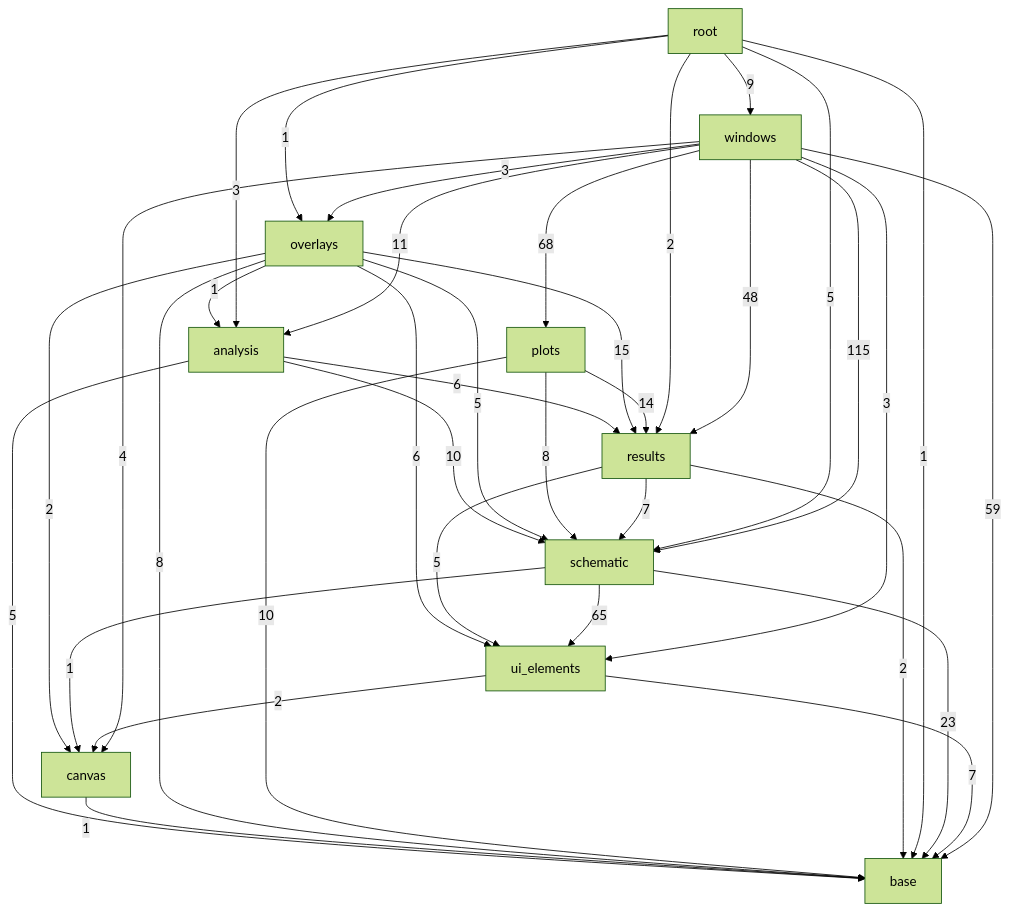
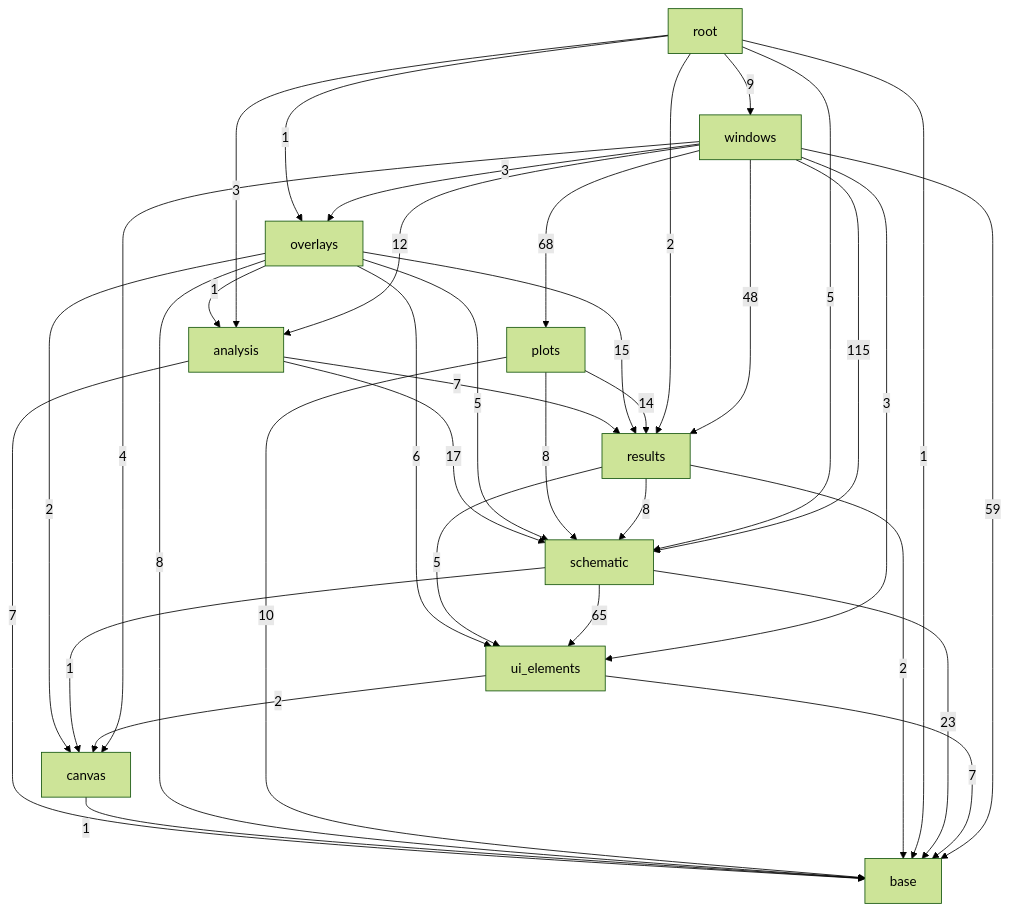
One commit to ronnymilleo/imcsim changed the third of 3 diagrams in docs/architecture.md. Above: the diagram before and after it, drawn with Mermaid (forest theme). The commit also changed other lines of this file, not shown here.

Commit message:
Update the include diagram for the run report, the live run plan and the run-mode panel

````diff
--- a/docs/architecture.md
+++ b/docs/architecture.md
@@ -56,48 +56,48 @@
 ```mermaid
 flowchart TD
     app_gui_base[base]
     app_gui_canvas[canvas]
     app_gui_ui_elements[ui_elements]
     app_gui_schematic[schematic]
     app_gui_results[results]
     app_gui_analysis[analysis]
     app_gui_plots[plots]
     app_gui_overlays[overlays]
     app_gui_windows[windows]
     app_gui_root[root]
-    app_gui_analysis -->|5| app_gui_base
-    app_gui_analysis -->|6| app_gui_results
-    app_gui_analysis -->|10| app_gui_schematic
+    app_gui_analysis -->|7| app_gui_base
+    app_gui_analysis -->|7| app_gui_results
+    app_gui_analysis -->|17| app_gui_schematic
     app_gui_canvas -->|1| app_gui_base
     app_gui_overlays -->|1| app_gui_analysis
     app_gui_overlays -->|8| app_gui_base
     app_gui_overlays -->|2| app_gui_canvas
     app_gui_overlays -->|15| app_gui_results
     app_gui_overlays -->|5| app_gui_schematic
     app_gui_overlays -->|6| app_gui_ui_elements
     app_gui_plots -->|10| app_gui_base
     app_gui_plots -->|14| app_gui_results
     app_gui_plots -->|8| app_gui_schematic
     app_gui_results -->|2| app_gui_base
-    app_gui_results -->|7| app_gui_schematic
+    app_gui_results -->|8| app_gui_schematic
     app_gui_results -->|5| app_gui_ui_elements
     app_gui_root -->|3| app_gui_analysis
     app_gui_root -->|1| app_gui_base
     app_gui_root -->|1| app_gui_overlays
     app_gui_root -->|2| app_gui_results
     app_gui_root -->|5| app_gui_schematic
     app_gui_root -->|9| app_gui_windows
     app_gui_schematic -->|23| app_gui_base
     app_gui_schematic -->|1| app_gui_canvas
     app_gui_schematic -->|65| app_gui_ui_elements
     app_gui_ui_elements -->|7| app_gui_base
     app_gui_ui_elements -->|2| app_gui_canvas
-    app_gui_windows -->|11| app_gui_analysis
+    app_gui_windows -->|12| app_gui_analysis
     app_gui_windows -->|59| app_gui_base
     app_gui_windows -->|4| app_gui_canvas
     app_gui_windows -->|3| app_gui_overlays
     app_gui_windows -->|68| app_gui_plots
     app_gui_windows -->|48| app_gui_results
     app_gui_windows -->|115| app_gui_schematic
     app_gui_windows -->|3| app_gui_ui_elements
 ```
````
